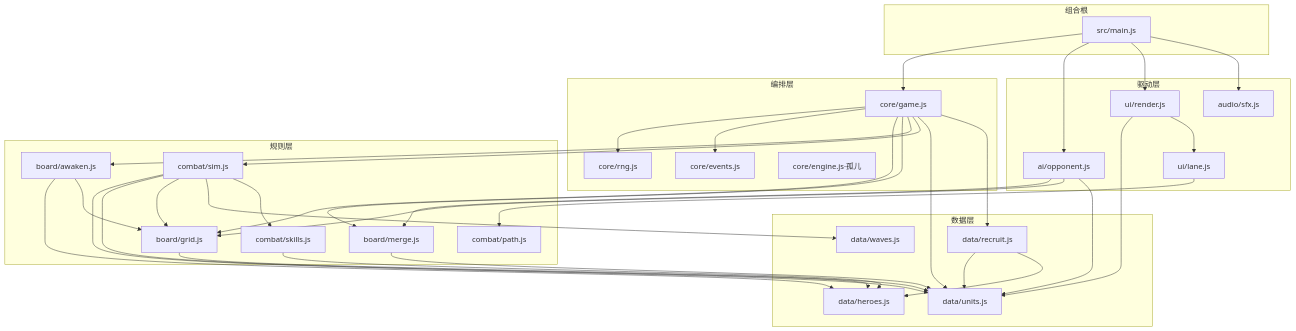
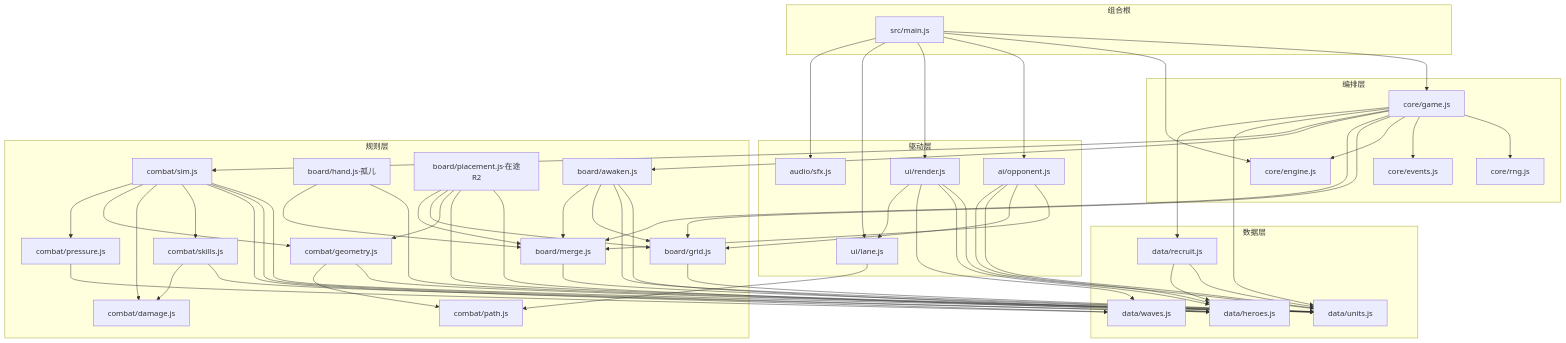
One commit to 9997433-bit/test_repo changed the diagram in games/zhao-yun-adou/docs/ARCHITECTURE.md. Above: the diagram before and after it, drawn with Mermaid. The commit also changed other lines of this file and 1 other file, not shown here.

Commit message:
docs(zhao-yun-adou): resign architecture after round-1 landings

````diff
--- a/games/zhao-yun-adou/docs/ARCHITECTURE.md
+++ b/games/zhao-yun-adou/docs/ARCHITECTURE.md
@@ -16,44 +18,53 @@
 ```mermaid
 graph TD
   subgraph 组合根
     main[src/main.js]
   end
   subgraph 驱动层
     ai[ai/opponent.js]
     render[ui/render.js]
     lane[ui/lane.js]
     sfx[audio/sfx.js]
   end
   subgraph 编排层
     game[core/game.js]
     events[core/events.js]
     rng[core/rng.js]
-    engine[core/engine.js·孤儿]
+    engine[core/engine.js]
   end
   subgraph 规则层
     grid[board/grid.js]
     merge[board/merge.js]
     awaken[board/awaken.js]
+    hand[board/hand.js·孤儿]
+    placement[board/placement.js·在途R2]
     sim[combat/sim.js]
     skills[combat/skills.js]
+    damage[combat/damage.js]
+    geometry[combat/geometry.js]
+    pressure[combat/pressure.js]
     path[combat/path.js]
   end
   subgraph 数据层
     units[data/units.js]
     heroes[data/heroes.js]
     recruit[data/recruit.js]
     waves[data/waves.js]
   end
 
-  main --> game & ai & render & sfx
-  game --> rng & events & grid & merge & awaken & sim & units & recruit
-  sim --> units & heroes & grid & waves & skills
-  skills --> heroes
-  awaken --> heroes & grid
+  main --> game & engine & ai & render & lane & sfx
+  game --> rng & events & engine & grid & merge & awaken & sim & units & recruit
+  sim --> units & heroes & waves & skills & damage & geometry & pressure
+  skills --> heroes & damage
+  geometry --> units & path
+  pressure --> waves
+  awaken --> heroes & units & grid & merge
   grid --> units
   merge --> units
-  ai --> merge & grid & units
-  render --> units & lane
+  hand --> units & merge
+  placement --> heroes & units & geometry & grid & merge
+  ai --> merge & grid & units & heroes
+  render --> units & heroes & waves & lane
   lane --> path
   recruit --> units & heroes
 ```
````
